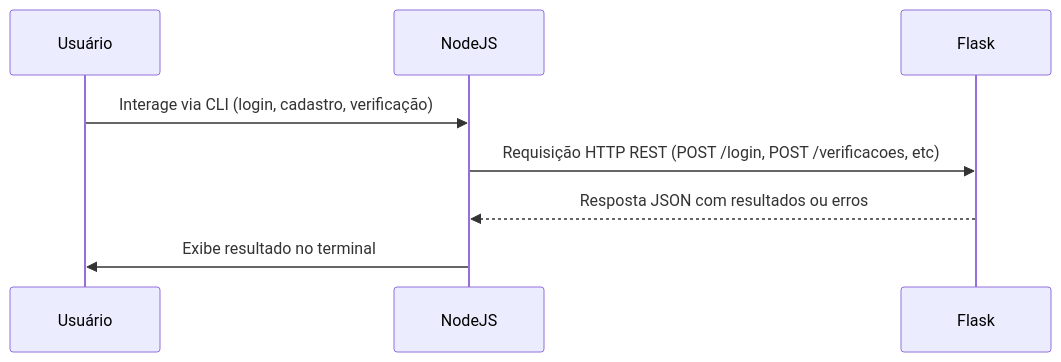
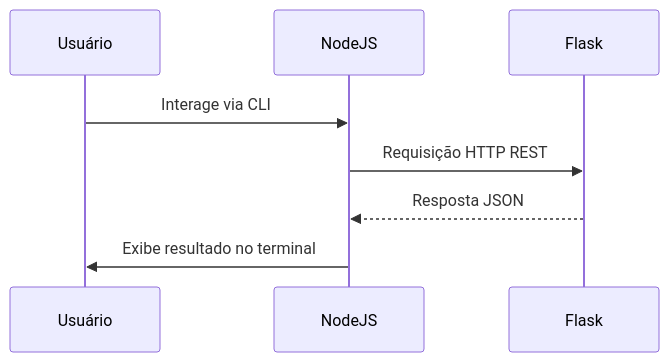
Before and after one commit to Adalbert-s/Flask-NodeJs: the diagram in README.md, drawn with Mermaid. The commit also changed other lines of this file, not shown here.

````diff
--- a/README.md
+++ b/README.md
@@ -217,12 +92,11 @@
 ```mermaid
 sequenceDiagram
   participant Usuário
   participant NodeJS
   participant Flask
 
-  Usuário->>NodeJS: Interage via CLI (login, cadastro, verificação)
-  NodeJS->>Flask: Requisição HTTP REST (POST /login, POST /verificacoes, etc)
-  Flask-->>NodeJS: Resposta JSON com resultados ou erros
+  Usuário->>NodeJS: Interage via CLI
+  NodeJS->>Flask: Requisição HTTP REST
+  Flask-->>NodeJS: Resposta JSON
   NodeJS->>Usuário: Exibe resultado no terminal
-
 ```
````
